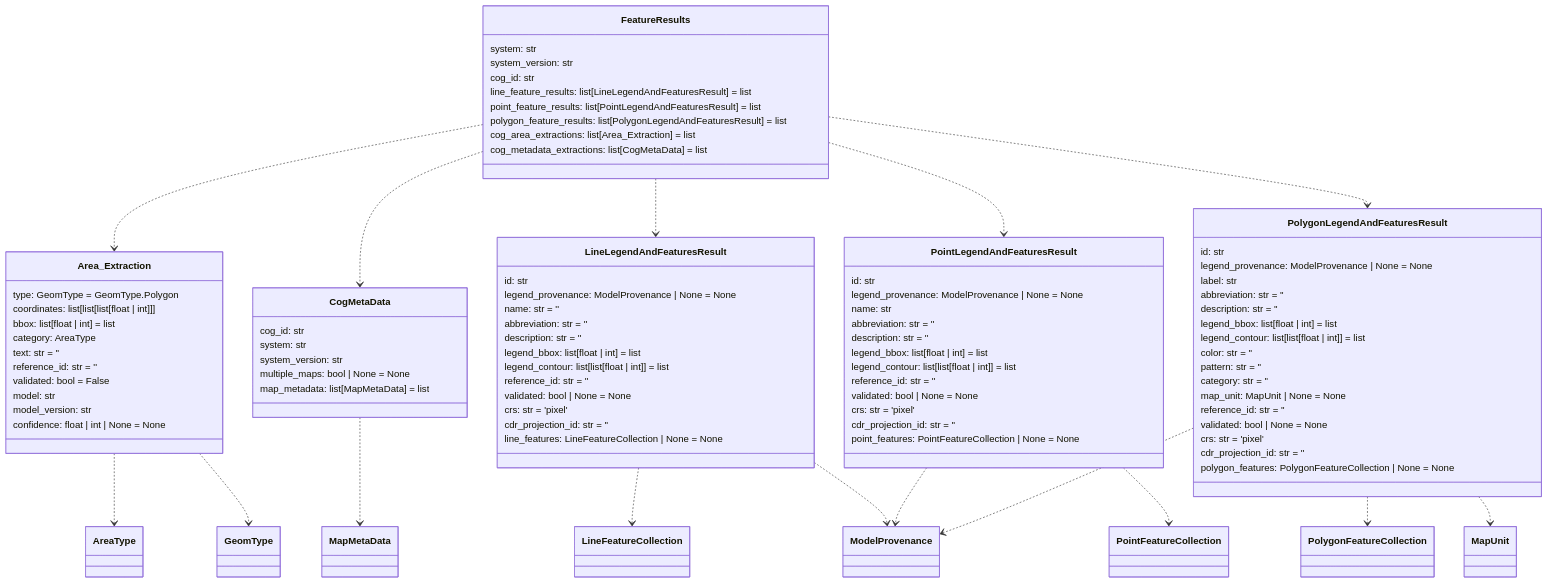
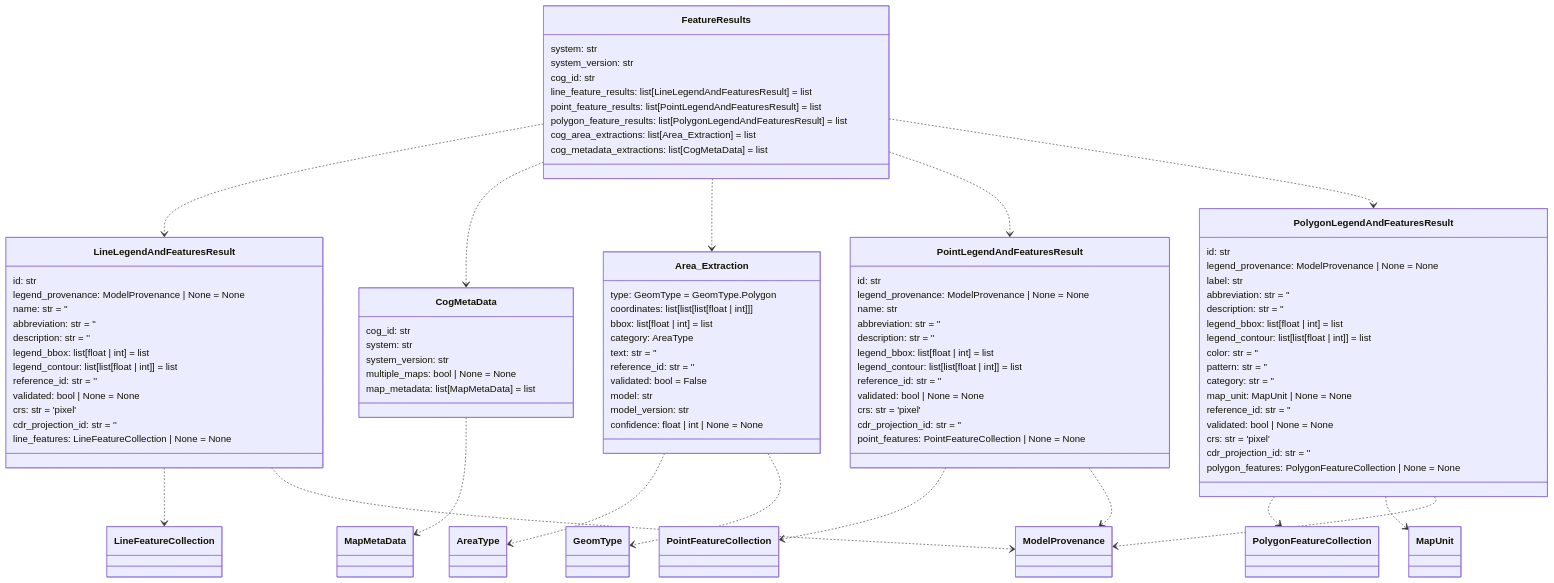
The fourth of 14 diagrams in README.md (DARPA-CRITICALMAAS/cdr_schemas), drawn with Mermaid before and after one commit. The commit also changed other lines of this file and 3 other files, not shown here.

````diff
--- a/README.md
+++ b/README.md
@@ -258,37 +258,5 @@
 ```mermaid
 classDiagram
-
-    class Area_Extraction {
-        type: GeomType = GeomType.Polygon
-        coordinates: list[list[list[float | int]]]
-        bbox: list[float | int] = list
-        category: AreaType
-        text: str = ''
-        reference_id: str = ''
-        validated: bool = False
-        model: str
-        model_version: str
-        confidence: float | int | None = None
-    }
-
-    class FeatureResults {
-        system: str
-        system_version: str
-        cog_id: str
-        line_feature_results: list[LineLegendAndFeaturesResult] = list
-        point_feature_results: list[PointLegendAndFeaturesResult] = list
-        polygon_feature_results: list[PolygonLegendAndFeaturesResult] = list
-        cog_area_extractions: list[Area_Extraction] = list
-        cog_metadata_extractions: list[CogMetaData] = list
-    }
-
-    class CogMetaData {
-        cog_id: str
-        system: str
-        system_version: str
-        multiple_maps: bool | None = None
-        map_metadata: list[MapMetaData] = list
-    }
 
     class LineLegendAndFeaturesResult {
         id: str
@@ -303,6 +271,38 @@
         crs: str = 'pixel'
         cdr_projection_id: str = ''
         line_features: LineFeatureCollection | None = None
+    }
+
+    class CogMetaData {
+        cog_id: str
+        system: str
+        system_version: str
+        multiple_maps: bool | None = None
+        map_metadata: list[MapMetaData] = list
+    }
+
+    class FeatureResults {
+        system: str
+        system_version: str
+        cog_id: str
+        line_feature_results: list[LineLegendAndFeaturesResult] = list
+        point_feature_results: list[PointLegendAndFeaturesResult] = list
+        polygon_feature_results: list[PolygonLegendAndFeaturesResult] = list
+        cog_area_extractions: list[Area_Extraction] = list
+        cog_metadata_extractions: list[CogMetaData] = list
+    }
+
+    class Area_Extraction {
+        type: GeomType = GeomType.Polygon
+        coordinates: list[list[list[float | int]]]
+        bbox: list[float | int] = list
+        category: AreaType
+        text: str = ''
+        reference_id: str = ''
+        validated: bool = False
+        model: str
+        model_version: str
+        confidence: float | int | None = None
     }
 
     class PointLegendAndFeaturesResult {
@@ -349,9 +349,9 @@
     PolygonLegendAndFeaturesResult ..> MapUnit
     PolygonLegendAndFeaturesResult ..> ModelProvenance
     CogMetaData ..> MapMetaData
+    FeatureResults ..> LineLegendAndFeaturesResult
+    FeatureResults ..> CogMetaData
     FeatureResults ..> Area_Extraction
-    FeatureResults ..> CogMetaData
-    FeatureResults ..> LineLegendAndFeaturesResult
     FeatureResults ..> PointLegendAndFeaturesResult
     FeatureResults ..> PolygonLegendAndFeaturesResult
 
````
